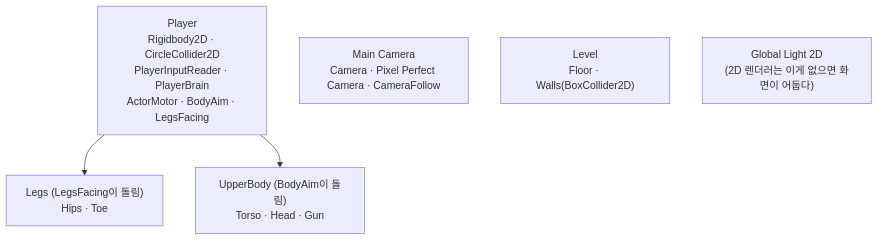
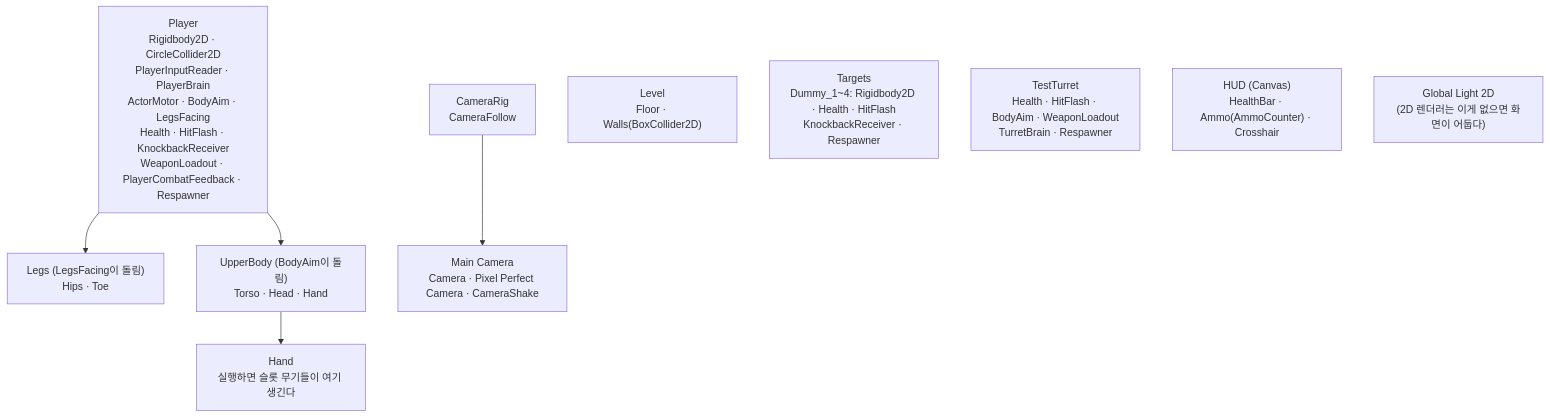
One commit to odyo0/project_dust_scrapper changed the fourth of 4 diagrams in docs/코드-구조.md. Above: the diagram before and after it, drawn with Mermaid. The commit also changed other lines of this file and 167 other files, not shown here.

````diff
--- a/docs/코드-구조.md
+++ b/docs/코드-구조.md
@@ -128,9 +243,13 @@
 ```mermaid
 flowchart TD
-    Player["Player<br/>Rigidbody2D · CircleCollider2D<br/>PlayerInputReader · PlayerBrain<br/>ActorMotor · BodyAim · LegsFacing"]
+    Player["Player<br/>Rigidbody2D · CircleCollider2D<br/>PlayerInputReader · PlayerBrain<br/>ActorMotor · BodyAim · LegsFacing<br/>Health · HitFlash · KnockbackReceiver<br/>WeaponLoadout · PlayerCombatFeedback · Respawner"]
     Player --> Legs["Legs (LegsFacing이 돌림)<br/>Hips · Toe"]
-    Player --> Upper["UpperBody (BodyAim이 돌림)<br/>Torso · Head · Gun"]
-    Cam["Main Camera<br/>Camera · Pixel Perfect Camera · CameraFollow"]
+    Player --> Upper["UpperBody (BodyAim이 돌림)<br/>Torso · Head · Hand"]
+    Upper --> Hand["Hand<br/>실행하면 슬롯 무기들이 여기 생긴다"]
+    Rig["CameraRig<br/>CameraFollow"] --> Cam["Main Camera<br/>Camera · Pixel Perfect Camera · CameraShake"]
     Level["Level<br/>Floor · Walls(BoxCollider2D)"]
+    Targets["Targets<br/>Dummy_1~4: Rigidbody2D · Health · HitFlash<br/>KnockbackReceiver · Respawner"]
+    Turret["TestTurret<br/>Health · HitFlash · BodyAim · WeaponLoadout<br/>TurretBrain · Respawner"]
+    HUD["HUD (Canvas)<br/>HealthBar · Ammo(AmmoCounter) · Crosshair"]
     Light["Global Light 2D<br/>(2D 렌더러는 이게 없으면 화면이 어둡다)"]
 ```
````
